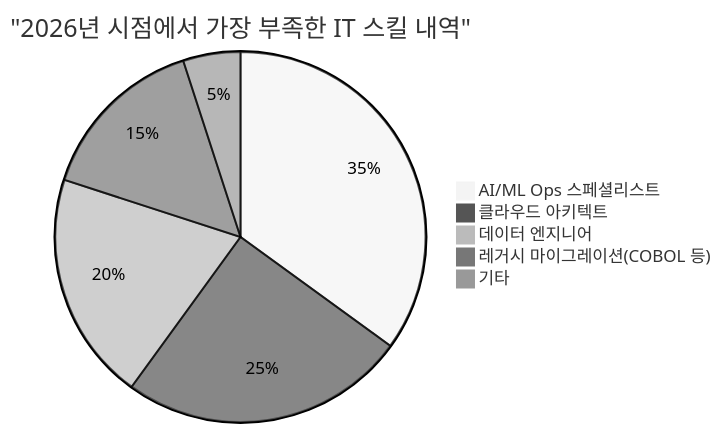
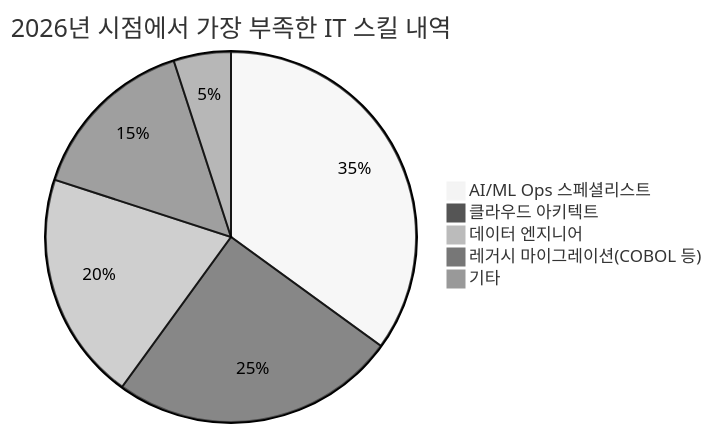
Before and after one commit to kenjinote/blog: the second of 4 diagrams in content/post/it_talent_shortage_2026/index.ko.md, drawn with Mermaid (neutral theme). The commit also changed other lines of this file and 703 other files, not shown here.

Commit message:
Fix: Remove quotes from Mermaid link texts and timeline definitions to support Mermaid 11.4.1

````diff
--- a/content/post/it_talent_shortage_2026/index.ko.md
+++ b/content/post/it_talent_shortage_2026/index.ko.md
@@ -77,8 +77,8 @@
 ```mermaid
-pie title "2026년 시점에서 가장 부족한 IT 스킬 내역"
+pie title 2026년 시점에서 가장 부족한 IT 스킬 내역
     "AI/ML Ops 스페셜리스트" : 35
     "클라우드 아키텍트" : 25
     "데이터 엔지니어" : 20
     "레거시 마이그레이션(COBOL 등)" : 15
     "기타" : 5
 ```
````
